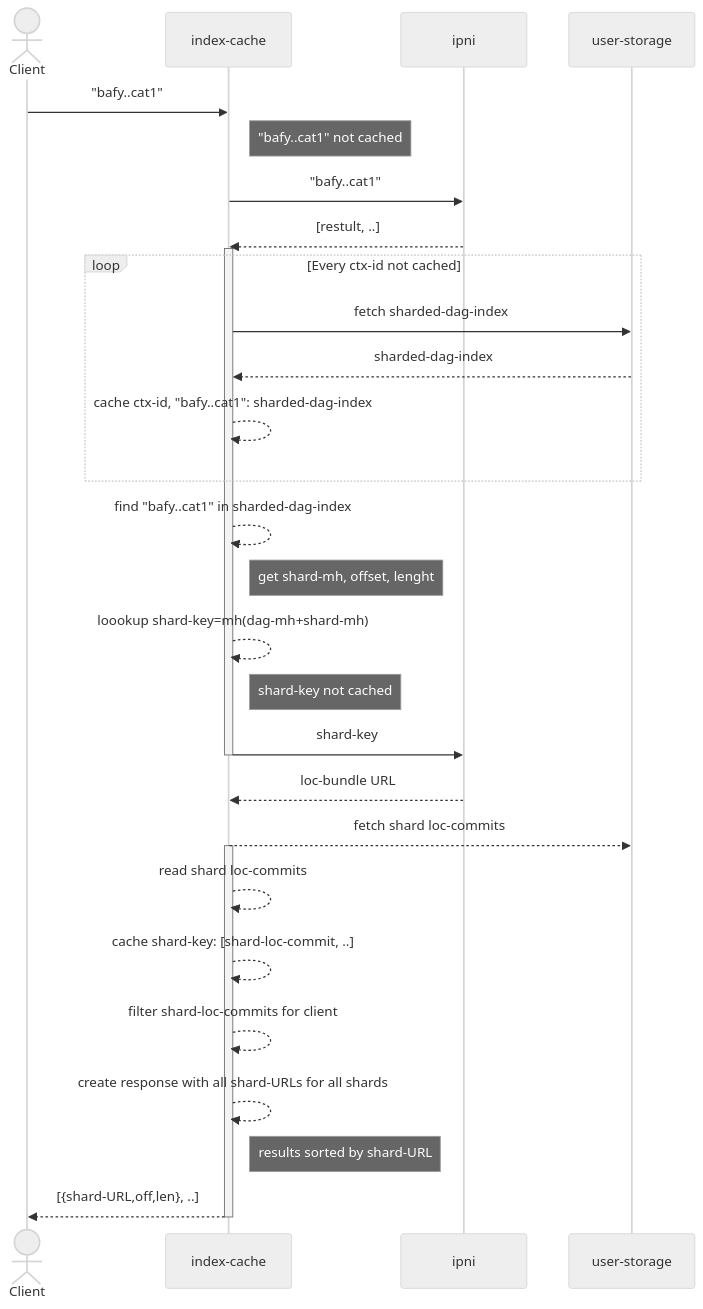
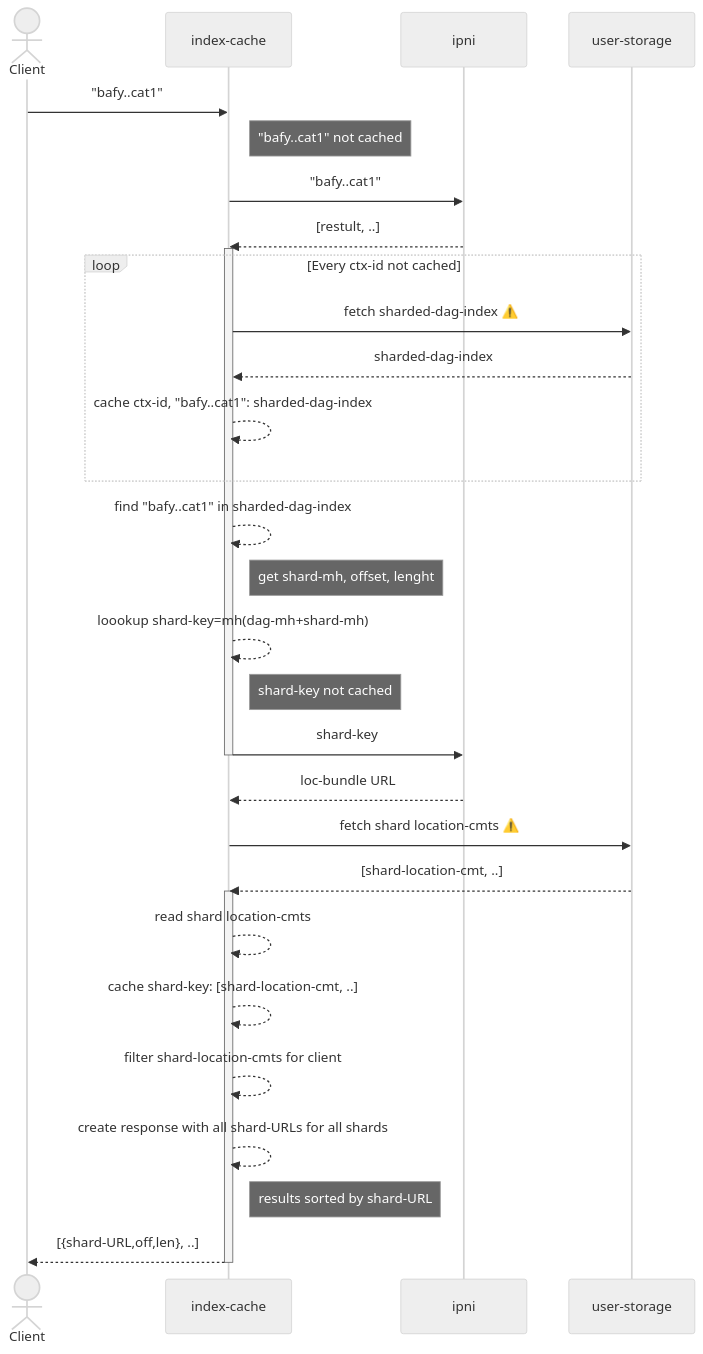
Before and after one commit to storacha/RFC: the first of 3 diagrams in rfc/indexing-design.md, drawn with Mermaid (neutral theme). The commit also changed other lines of this file, not shown here.

Commit message:
update diagrams

````diff
--- a/rfc/indexing-design.md
+++ b/rfc/indexing-design.md
@@ -55,30 +55,31 @@
 ```mermaid
 sequenceDiagram
     actor Client
     Client->>index-cache: "bafy..cat1"
     Note right of index-cache: "bafy..cat1" not cached
     index-cache->>ipni: "bafy..cat1"
     ipni-->>index-cache: [restult, ..]
     activate index-cache
     loop Every ctx-id not cached
-        index-cache->>user-storage: fetch sharded-dag-index
+        index-cache->>user-storage: fetch sharded-dag-index ⚠️
         user-storage-->>index-cache: sharded-dag-index 
         index-cache-->>index-cache: cache ctx-id, "bafy..cat1": sharded-dag-index
     end 
     index-cache-->>index-cache: find "bafy..cat1" in sharded-dag-index
     Note right of index-cache: get shard-mh, offset, lenght
     index-cache-->>index-cache: loookup shard-key=mh(dag-mh+shard-mh)
     Note right of index-cache: shard-key not cached
     index-cache->>ipni: shard-key
     deactivate index-cache
     ipni-->>index-cache: loc-bundle URL
-    index-cache-->>user-storage: fetch shard loc-commits
+    index-cache->>user-storage: fetch shard location-cmts ⚠️
+    user-storage-->>index-cache: [shard-location-cmt, ..]
     activate index-cache
-    index-cache-->>index-cache: read shard loc-commits
-    index-cache-->>index-cache: cache shard-key: [shard-loc-commit, ..]
-    index-cache-->>index-cache: filter shard-loc-commits for client
+    index-cache-->>index-cache: read shard location-cmts
+    index-cache-->>index-cache: cache shard-key: [shard-location-cmt, ..]
+    index-cache-->>index-cache: filter shard-location-cmts for client
     index-cache-->>index-cache: create response with all shard-URLs for all shards
     Note right of index-cache: results sorted by shard-URL
     index-cache-->>Client: [{shard-URL,off,len}, ..]
     deactivate index-cache
 ```
````
